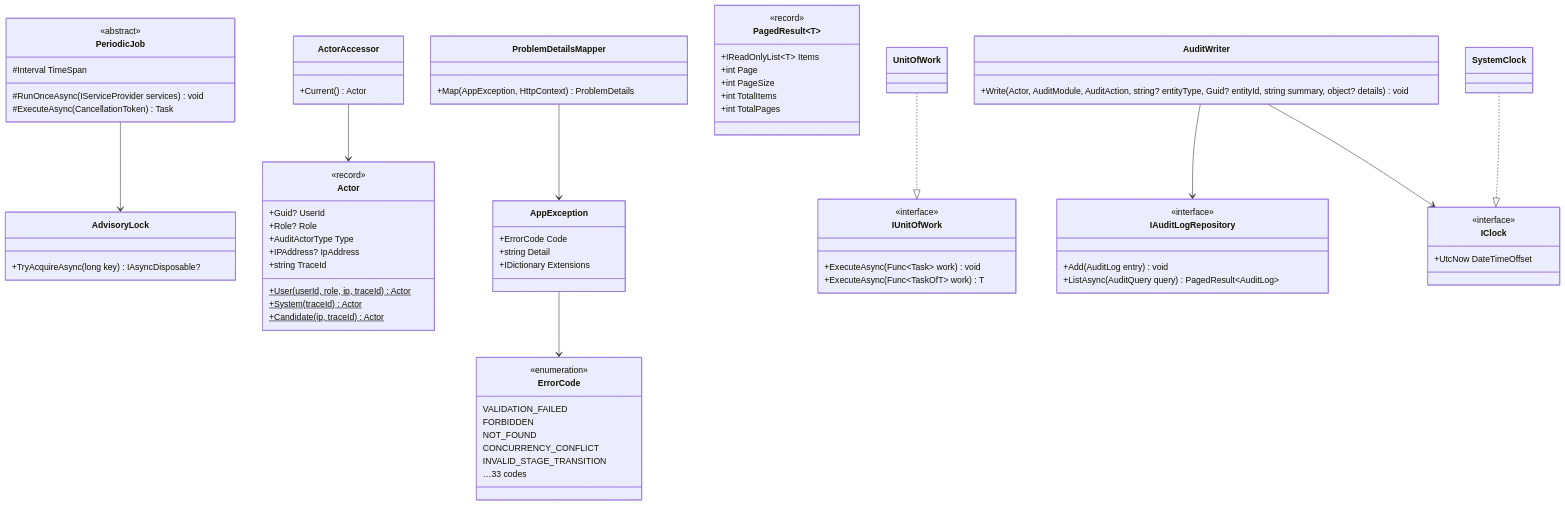
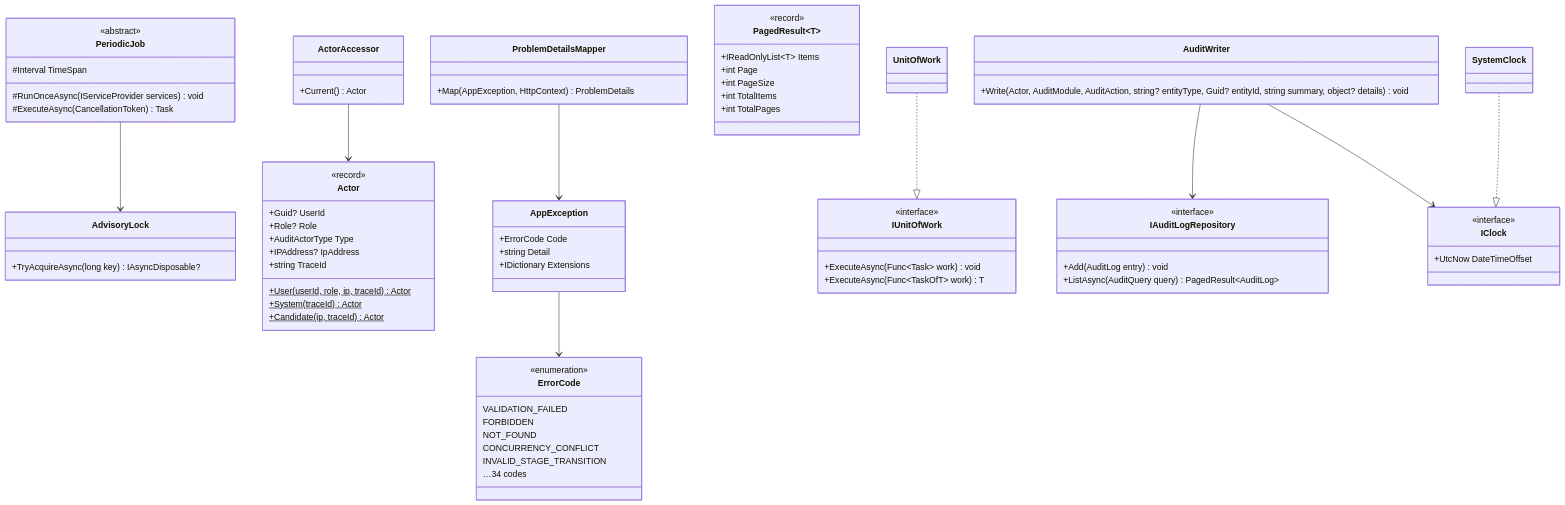
The first of 11 diagrams in docs/10-class-design.md (duongk18FPTU/recruitment-ats), drawn with Mermaid before and after one commit. The commit also changed other lines of this file and 88 other files, not shown here.

````diff
--- a/docs/10-class-design.md
+++ b/docs/10-class-design.md
@@ -23,80 +23,80 @@
 ```mermaid
 classDiagram
     direction TB
     class ActorAccessor {
         +Current() Actor
     }
     class ProblemDetailsMapper {
         +Map(AppException, HttpContext) ProblemDetails
     }
     class PeriodicJob {
         <<abstract>>
         #Interval TimeSpan
         #RunOnceAsync(IServiceProvider services) void
         #ExecuteAsync(CancellationToken) Task
     }
     class AdvisoryLock {
         +TryAcquireAsync(long key) IAsyncDisposable?
     }
     class Actor {
         <<record>>
         +Guid? UserId
         +Role? Role
         +AuditActorType Type
         +IPAddress? IpAddress
         +string TraceId
         +User(userId, role, ip, traceId)$ Actor
         +System(traceId)$ Actor
         +Candidate(ip, traceId)$ Actor
     }
     class AppException {
         +ErrorCode Code
         +string Detail
         +IDictionary Extensions
     }
     class ErrorCode {
         <<enumeration>>
         VALIDATION_FAILED
         FORBIDDEN
         NOT_FOUND
         CONCURRENCY_CONFLICT
         INVALID_STAGE_TRANSITION
-        …33 codes
+        …34 codes
     }
     class PagedResult~T~ {
         <<record>>
         +IReadOnlyList~T~ Items
         +int Page
         +int PageSize
         +int TotalItems
         +int TotalPages
     }
     class AuditWriter {
         +Write(Actor, AuditModule, AuditAction, string? entityType, Guid? entityId, string summary, object? details) void
     }
     class IUnitOfWork {
         <<interface>>
         +ExecuteAsync(Func~Task~ work) void
         +ExecuteAsync(Func~TaskOfT~ work) T
     }
     class IClock {
         <<interface>>
         +UtcNow DateTimeOffset
     }
     class IAuditLogRepository {
         <<interface>>
         +Add(AuditLog entry) void
         +ListAsync(AuditQuery query) PagedResult~AuditLog~
     }
     class UnitOfWork
     class SystemClock
 
     ActorAccessor --> Actor
     ProblemDetailsMapper --> AppException
     AppException --> ErrorCode
     PeriodicJob --> AdvisoryLock
     AuditWriter --> IAuditLogRepository
     AuditWriter --> IClock
     UnitOfWork ..|> IUnitOfWork
     SystemClock ..|> IClock
 ```
````
